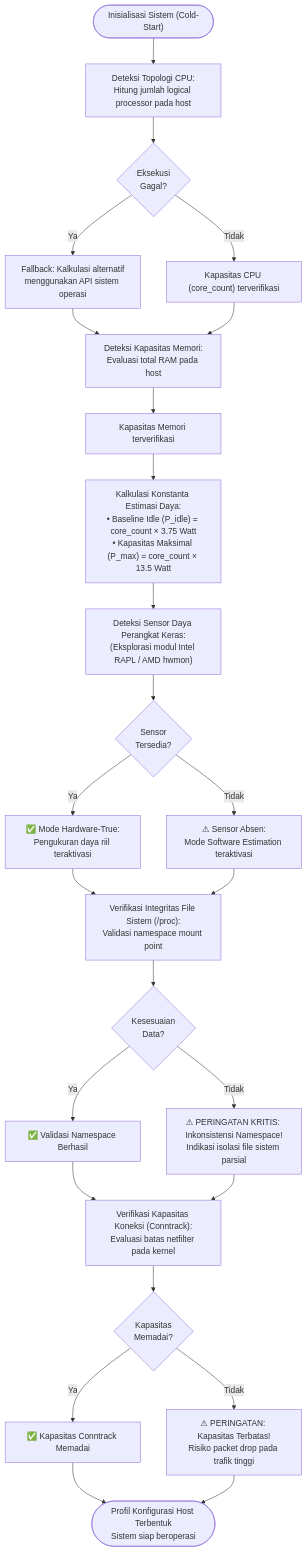
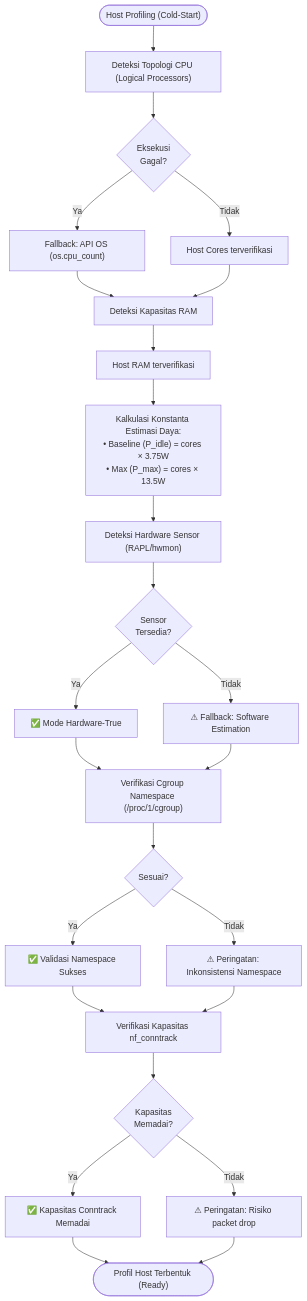
The second of 2 diagrams in architecture-diagrams/layer-1-profiler/01_profile_host.md (fauzanreza/green-container-framework), drawn with Mermaid before and after one commit. The commit also changed other lines of this file and 13 other files, not shown here.

Commit message:
edit fitur, menambahkan Architecture Diagram

````diff
--- a/architecture-diagrams/layer-1-profiler/01_profile_host.md
+++ b/architecture-diagrams/layer-1-profiler/01_profile_host.md
@@ -70,56 +68,56 @@
 ```mermaid
 flowchart TD
-    START(["Inisialisasi Sistem (Cold-Start)"])
+    START(["Host Profiling (Cold-Start)"])
 
-    CEK_CPU["Deteksi Topologi CPU:<br/>Hitung jumlah logical processor pada host"]
+    CEK_CPU["Deteksi Topologi CPU (Logical Processors)"]
     CPU_GAGAL{"Eksekusi<br/>Gagal?"}
-    CPU_CADANGAN["Fallback: Kalkulasi alternatif<br/>menggunakan API sistem operasi"]
-    CPU_DAPAT["Kapasitas CPU (core_count) terverifikasi"]
+    CPU_CADANGAN["Fallback: API OS (os.cpu_count)"]
+    CPU_DAPAT["Host Cores terverifikasi"]
 
-    CEK_RAM["Deteksi Kapasitas Memori:<br/>Evaluasi total RAM pada host"]
-    RAM_DAPAT["Kapasitas Memori terverifikasi"]
+    CEK_RAM["Deteksi Kapasitas RAM"]
+    RAM_DAPAT["Host RAM terverifikasi"]
 
-    HITUNG_DAYA["Kalkulasi Konstanta Estimasi Daya:<br/>• Baseline Idle (P_idle) = core_count × 3.75 Watt<br/>• Kapasitas Maksimal (P_max) = core_count × 13.5 Watt"]
+    HITUNG_DAYA["Kalkulasi Konstanta Estimasi Daya:<br/>• Baseline (P_idle) = cores × 3.75W<br/>• Max (P_max) = cores × 13.5W"]
 
-    CEK_SENSOR["Deteksi Sensor Daya Perangkat Keras:<br/>(Eksplorasi modul Intel RAPL / AMD hwmon)"]
+    CEK_SENSOR["Deteksi Hardware Sensor (RAPL/hwmon)"]
     SENSOR_ADA{"Sensor<br/>Tersedia?"}
-    SENSOR_YA["✅ Mode Hardware-True:<br/>Pengukuran daya riil teraktivasi"]
-    SENSOR_TIDAK["⚠ Sensor Absen:<br/>Mode Software Estimation teraktivasi"]
+    SENSOR_YA["✅ Mode Hardware-True"]
+    SENSOR_TIDAK["⚠ Fallback: Software Estimation"]
 
-    CEK_ASLI["Verifikasi Integritas File Sistem (/proc):<br/>Validasi namespace mount point"]
-    ASLI{"Kesesuaian<br/>Data?"}
-    ASLI_OK["✅ Validasi Namespace Berhasil"]
-    ASLI_GAGAL["⚠ PERINGATAN KRITIS: Inkonsistensi Namespace!<br/>Indikasi isolasi file sistem parsial"]
+    CEK_ASLI["Verifikasi Cgroup Namespace (/proc/1/cgroup)"]
+    ASLI{"Sesuai?"}
+    ASLI_OK["✅ Validasi Namespace Sukses"]
+    ASLI_GAGAL["⚠ Peringatan: Inkonsistensi Namespace"]
 
-    CEK_JARINGAN["Verifikasi Kapasitas Koneksi (Conntrack):<br/>Evaluasi batas netfilter pada kernel"]
+    CEK_JARINGAN["Verifikasi Kapasitas nf_conntrack"]
     JARINGAN{"Kapasitas<br/>Memadai?"}
     JARINGAN_OK["✅ Kapasitas Conntrack Memadai"]
-    JARINGAN_WARN["⚠ PERINGATAN: Kapasitas Terbatas!<br/>Risiko packet drop pada trafik tinggi"]
+    JARINGAN_WARN["⚠ Peringatan: Risiko packet drop"]
 
-    SELESAI(["Profil Konfigurasi Host Terbentuk<br/>Sistem siap beroperasi"])
+    SELESAI(["Profil Host Terbentuk (Ready)"])
 
     START --> CEK_CPU
     CEK_CPU --> CPU_GAGAL
     CPU_GAGAL -->|Ya| CPU_CADANGAN
     CPU_GAGAL -->|Tidak| CPU_DAPAT
     CPU_CADANGAN --> CEK_RAM
     CPU_DAPAT --> CEK_RAM
     CEK_RAM --> RAM_DAPAT
     RAM_DAPAT --> HITUNG_DAYA
     HITUNG_DAYA --> CEK_SENSOR
     CEK_SENSOR --> SENSOR_ADA
     SENSOR_ADA -->|Ya| SENSOR_YA
     SENSOR_ADA -->|Tidak| SENSOR_TIDAK
     SENSOR_YA --> CEK_ASLI
     SENSOR_TIDAK --> CEK_ASLI
     CEK_ASLI --> ASLI
     ASLI -->|Ya| ASLI_OK
     ASLI -->|Tidak| ASLI_GAGAL
     ASLI_OK --> CEK_JARINGAN
     ASLI_GAGAL --> CEK_JARINGAN
     CEK_JARINGAN --> JARINGAN
     JARINGAN -->|Ya| JARINGAN_OK
     JARINGAN -->|Tidak| JARINGAN_WARN
     JARINGAN_OK --> SELESAI
     JARINGAN_WARN --> SELESAI
 ```
````
